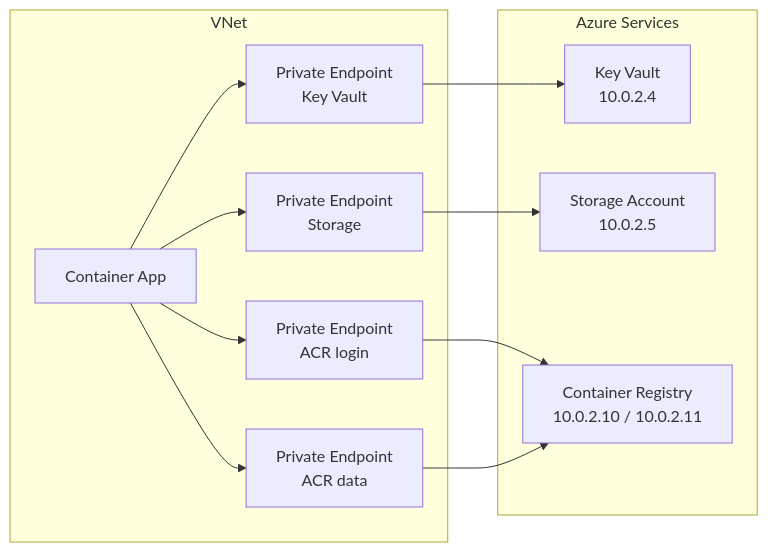
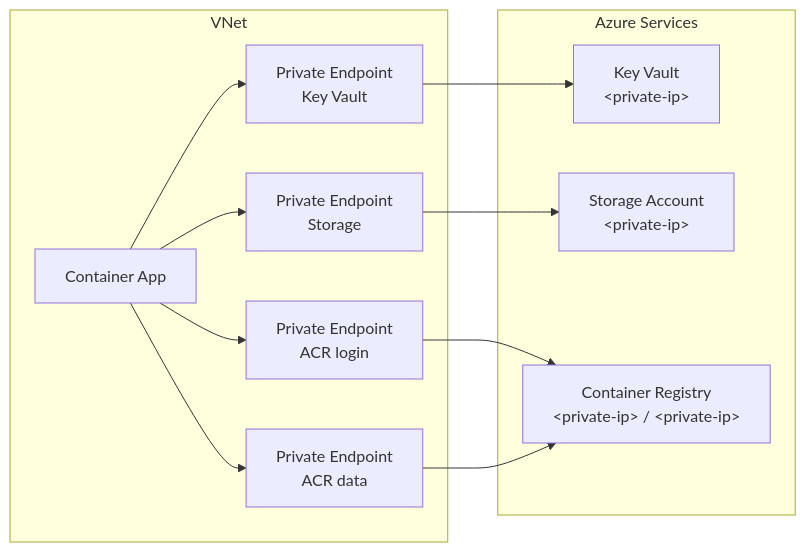
One commit to yeongseon/azure-container-apps-practical-guide changed the first of 3 diagrams in docs/platform/networking/private-endpoints.md. Above: the diagram before and after it, drawn with Mermaid. The commit also changed other lines of this file, not shown here.

````diff
--- a/docs/platform/networking/private-endpoints.md
+++ b/docs/platform/networking/private-endpoints.md
@@ -33,21 +33,21 @@
 ```mermaid
 flowchart LR
     subgraph VNet
         CA[Container App]
         PE1[Private Endpoint<br/>Key Vault]
         PE2[Private Endpoint<br/>Storage]
         PE3[Private Endpoint<br/>ACR login]
         PE4[Private Endpoint<br/>ACR data]
     end
     
     subgraph Azure Services
-        KV[Key Vault<br/>10.0.2.4]
-        ST[Storage Account<br/>10.0.2.5]
-        ACR[Container Registry<br/>10.0.2.10 / 10.0.2.11]
+        KV[Key Vault<br/>&lt;private-ip&gt;]
+        ST[Storage Account<br/>&lt;private-ip&gt;]
+        ACR[Container Registry<br/>&lt;private-ip&gt; / &lt;private-ip&gt;]
     end
     
     CA --> PE1 --> KV
     CA --> PE2 --> ST
     CA --> PE3 --> ACR
     CA --> PE4 --> ACR
 ```
````
